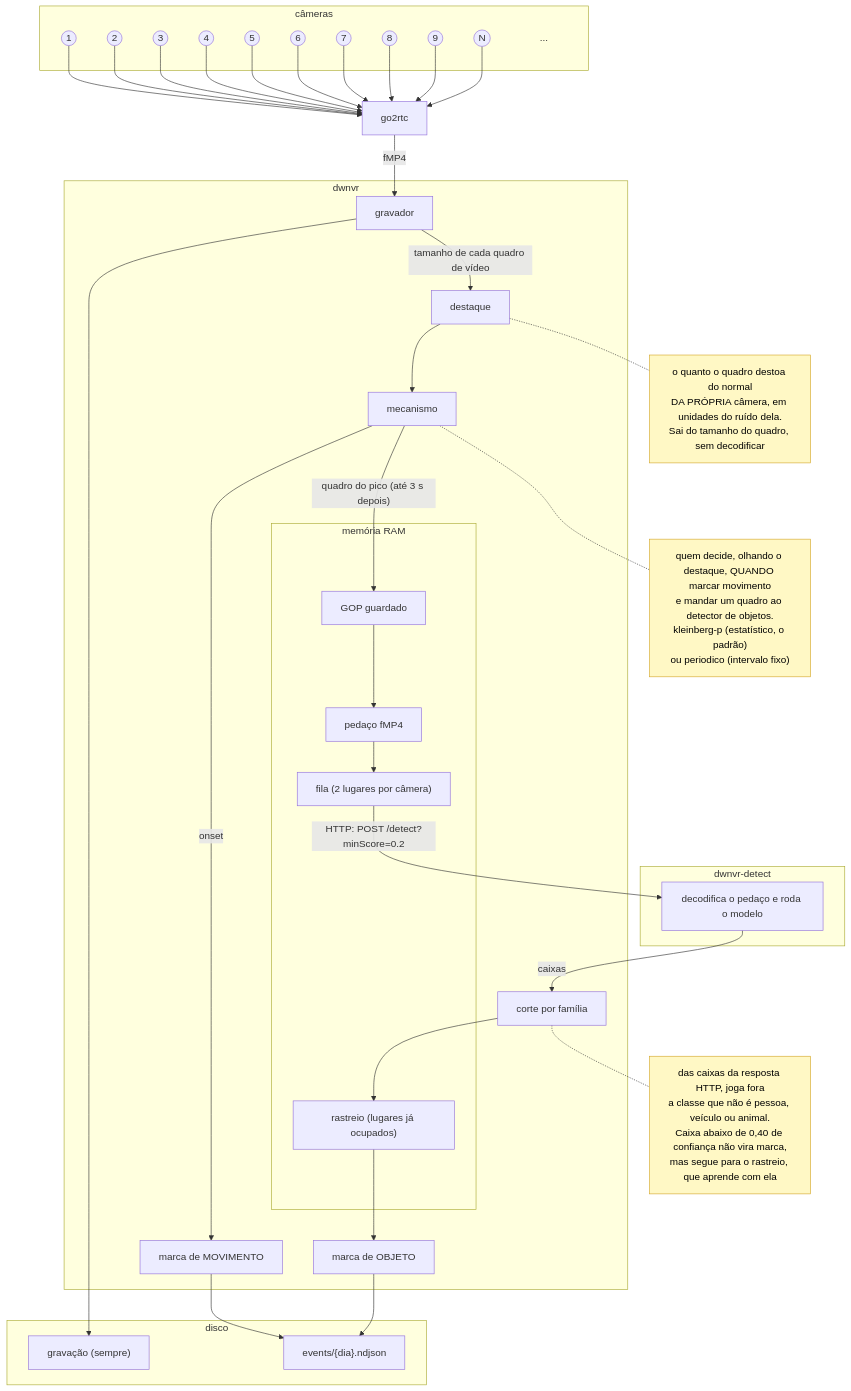
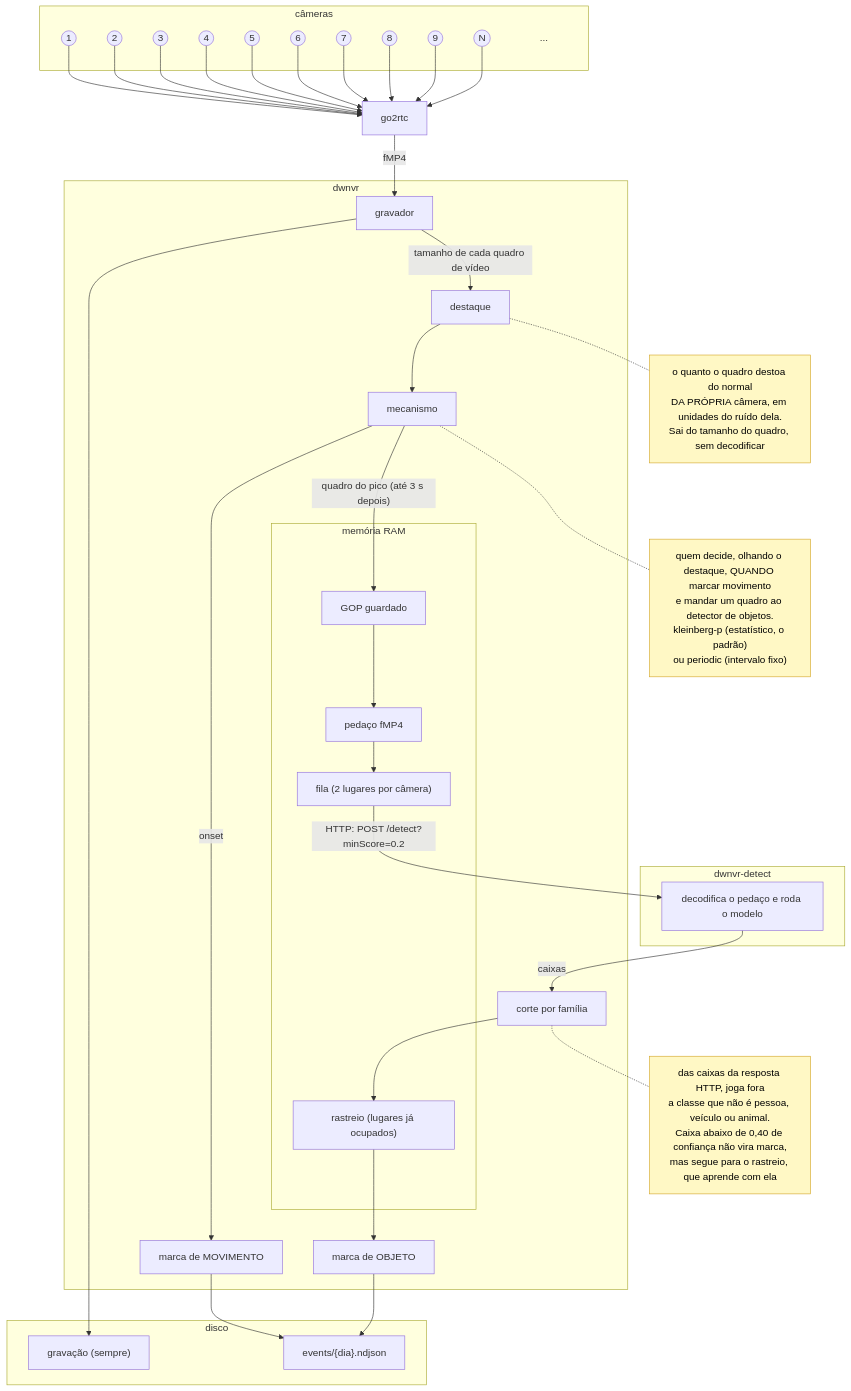
One commit to mhagnumdw/dwnvr changed the diagram in docs/deteccao.md. Above: the diagram before and after it, drawn with Mermaid. The commit also changed other lines of this file and 57 other files, not shown here.

````diff
--- a/docs/deteccao.md
+++ b/docs/deteccao.md
@@ -71,67 +71,67 @@
 ```mermaid
 flowchart TD
     subgraph cameras["câmeras"]
         cam1((1))
         cam2((2))
         cam3((3))
         cam4((4))
         cam5((5))
         cam6((6))
         cam7((7))
         cam8((8))
         cam9((9))
         camMais["..."]:::reticencias
         camN((N))
     end
     cam1 & cam2 & cam3 & cam4 & cam5 & cam6 & cam7 & cam8 & cam9 & camN --> go2rtc
     camMais ~~~ go2rtc
     classDef reticencias fill:none,stroke:none
     go2rtc -->|fMP4| gravador
 
     subgraph dwnvr
         gravador
         destaque
         mecanismo
         movimento["marca de MOVIMENTO"]
         corte["corte por família"]
         objeto["marca de OBJETO"]
 
         subgraph ram["memória RAM"]
             gop["GOP guardado"]
             pedaco["pedaço fMP4"]
             fila["fila (2 lugares por câmera)"]
             rastreio["rastreio (lugares já ocupados)"]
         end
     end
 
     subgraph sidecar["dwnvr-detect"]
         modelo["decodifica o pedaço e roda o modelo"]
     end
 
     subgraph disco
         gravacao["gravação (sempre)"]
         eventos["events/{dia}.ndjson"]
     end
 
     gravador --> gravacao
     gravador -->|tamanho de cada quadro de vídeo| destaque
     destaque --> mecanismo
     mecanismo -->|onset| movimento
     mecanismo -->|"quadro do pico (até 3 s depois)"| gop
     gop --> pedaco
     pedaco --> fila
     fila -->|"HTTP: POST /detect?minScore=0.2"| modelo
     modelo -->|caixas| corte
     corte --> rastreio
     rastreio --> objeto
     movimento --> eventos
     objeto --> eventos
 
     notaDestaque["o quanto o quadro destoa do normal<br>DA PRÓPRIA câmera, em unidades do ruído dela.<br>Sai do tamanho do quadro, sem decodificar"]:::nota
     destaque -.- notaDestaque
-    notaMecanismo["quem decide, olhando o destaque, QUANDO marcar movimento<br>e mandar um quadro ao detector de objetos.<br>kleinberg-p (estatístico, o padrão)<br>ou periodico (intervalo fixo)"]:::nota
+    notaMecanismo["quem decide, olhando o destaque, QUANDO marcar movimento<br>e mandar um quadro ao detector de objetos.<br>kleinberg-p (estatístico, o padrão)<br>ou periodic (intervalo fixo)"]:::nota
     mecanismo -.- notaMecanismo
     notaCorte["das caixas da resposta HTTP, joga fora<br>a classe que não é pessoa, veículo ou animal.<br>Caixa abaixo de 0,40 de confiança não vira marca,<br>mas segue para o rastreio, que aprende com ela"]:::nota
     corte -.- notaCorte
     classDef nota fill:#fff8c5,stroke:#d4a72c,color:#000
 ```
````
